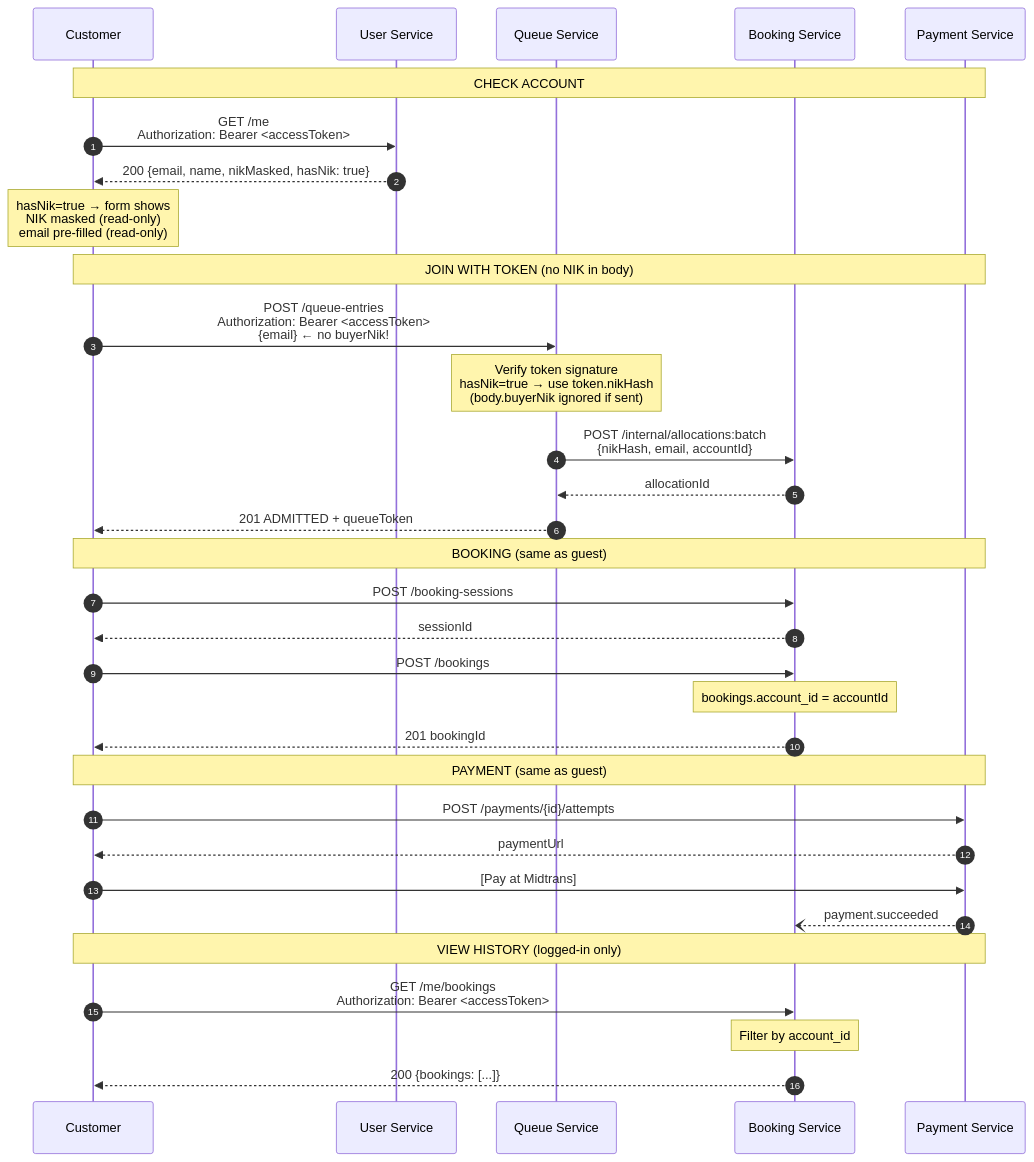
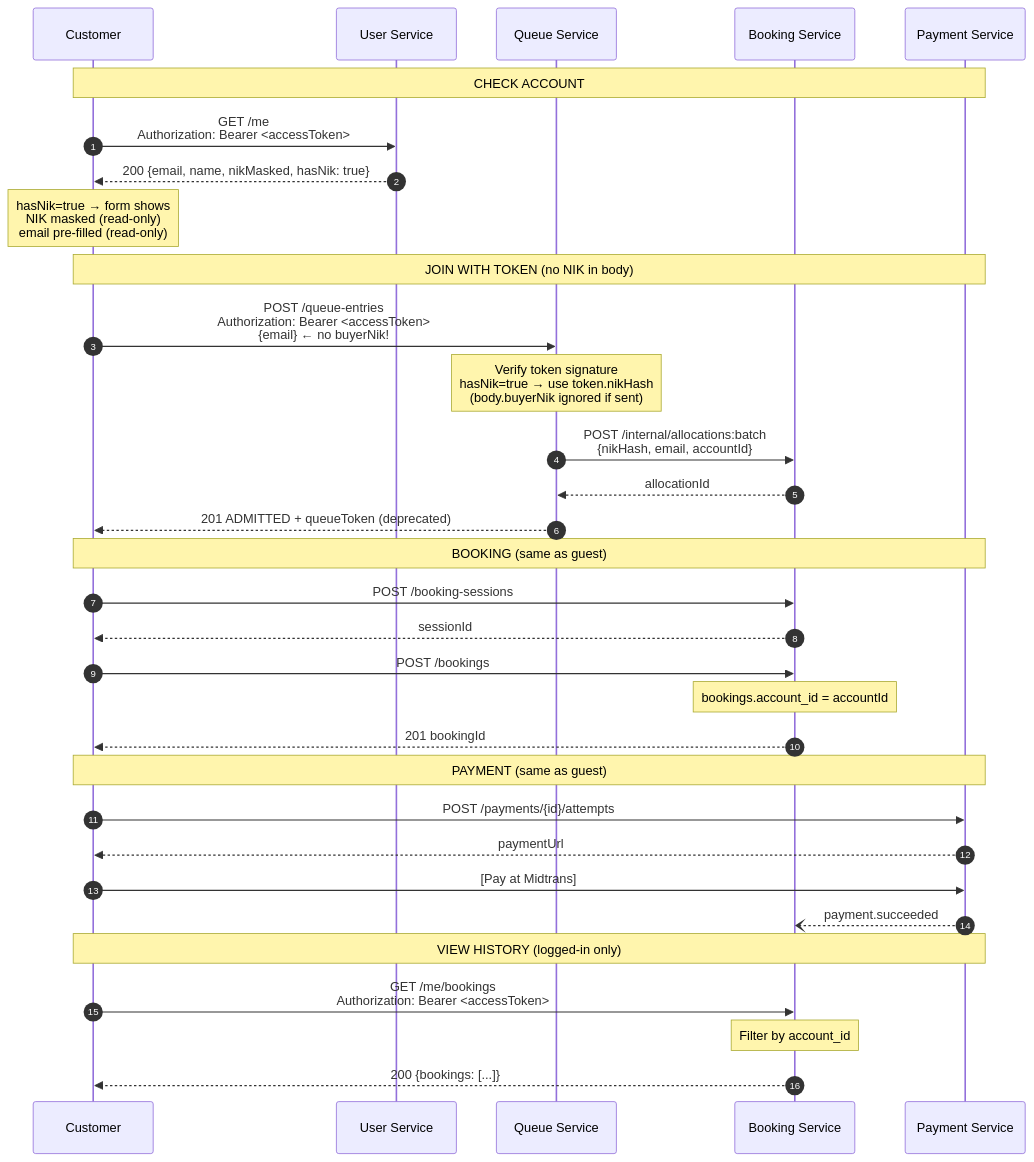
One commit to tiket-sampai-nonton/rusuh-booking-be changed diagram 19 of 23 in docs/analisa/04g-E2E-FLOW-DIAGRAMS-MERMAID.md. Above: the diagram before and after it, drawn with Mermaid. The commit also changed 20 other files, not shown here.

First line of the commit message:
docs(queue): deprecate queueToken/bookingUrl, reserve ENTRY_MOVED, fix claim auth drift

````diff
--- a/docs/analisa/04g-E2E-FLOW-DIAGRAMS-MERMAID.md
+++ b/docs/analisa/04g-E2E-FLOW-DIAGRAMS-MERMAID.md
@@ -679,42 +679,42 @@
 ```mermaid
 sequenceDiagram
     autonumber
     participant C as Customer
     participant U as User Service
     participant Q as Queue Service
     participant B as Booking Service
     participant P as Payment Service
     
     Note over C,P: CHECK ACCOUNT
     C->>U: GET /me<br/>Authorization: Bearer <accessToken>
     U-->>C: 200 {email, name, nikMasked, hasNik: true}
     
     Note over C: hasNik=true → form shows<br/>NIK masked (read-only)<br/>email pre-filled (read-only)
     
     Note over C,P: JOIN WITH TOKEN (no NIK in body)
     C->>Q: POST /queue-entries<br/>Authorization: Bearer <accessToken><br/>{email} ← no buyerNik!
     
     Note over Q: Verify token signature<br/>hasNik=true → use token.nikHash<br/>(body.buyerNik ignored if sent)
     
     Q->>B: POST /internal/allocations:batch<br/>{nikHash, email, accountId}
     B-->>Q: allocationId
-    Q-->>C: 201 ADMITTED + queueToken
+    Q-->>C: 201 ADMITTED + queueToken (deprecated)
     
     Note over C,P: BOOKING (same as guest)
     C->>B: POST /booking-sessions
     B-->>C: sessionId
     C->>B: POST /bookings
     Note over B: bookings.account_id = accountId
     B-->>C: 201 bookingId
     
     Note over C,P: PAYMENT (same as guest)
     C->>P: POST /payments/{id}/attempts
     P-->>C: paymentUrl
     C->>P: [Pay at Midtrans]
     P--)B: payment.succeeded
     
     Note over C,P: VIEW HISTORY (logged-in only)
     C->>B: GET /me/bookings<br/>Authorization: Bearer <accessToken>
     Note over B: Filter by account_id
     B-->>C: 200 {bookings: [...]}
 ```
````
